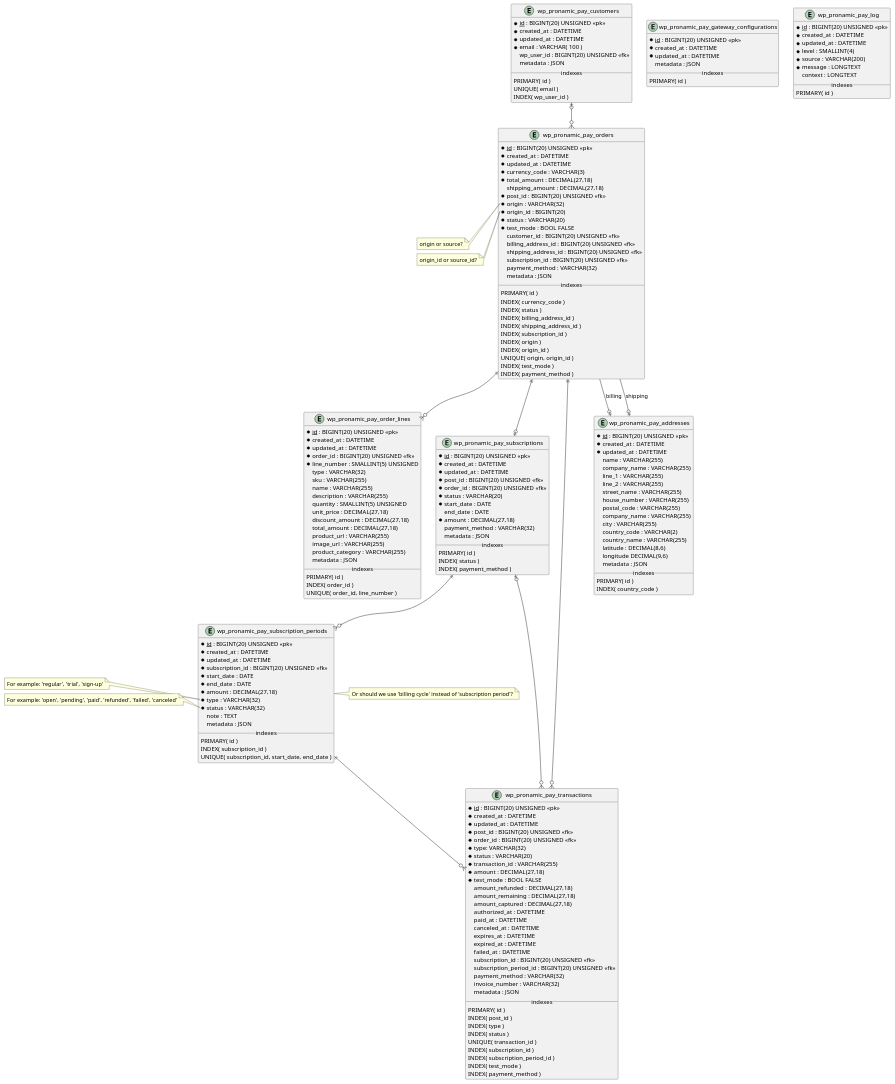
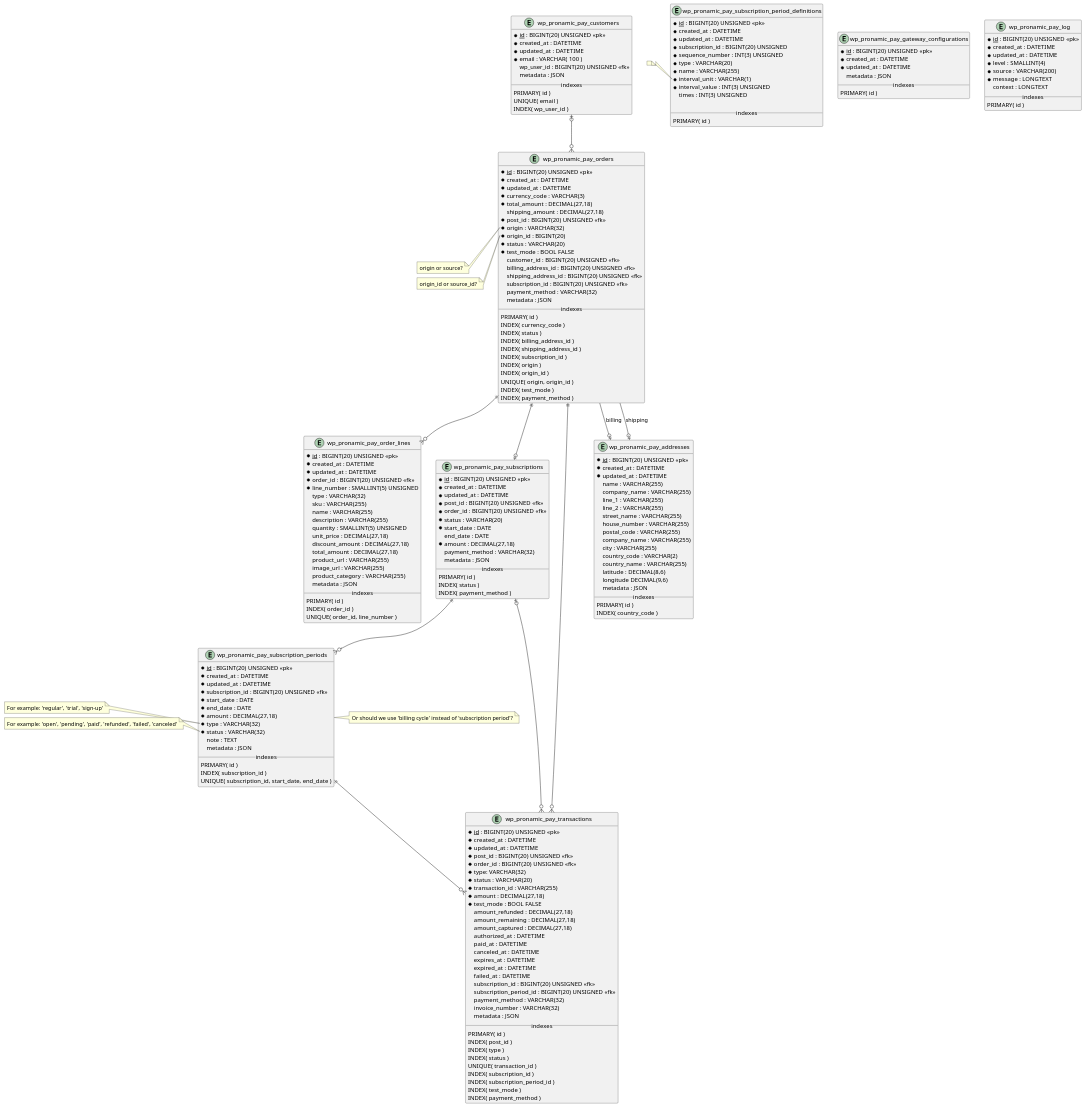
Before and after one commit to 8KCool/WordPress-Plugin-iDEAL-Bancontact-: the diagram in documentation/db.plantuml, drawn with PlantUML. The commit also changed 1 other file, not shown here.

Commit message:
Added period definitions.

```diff
--- a/documentation/db.plantuml
+++ b/documentation/db.plantuml
@@ -100,6 +100,27 @@
 	INDEX( status )
 	INDEX( payment_method )
 }
+
+entity "wp_pronamic_pay_subscription_period_definitions" as subscription_period_definition {
+	* <u>id</u> : BIGINT(20) UNSIGNED <<pk>>
+	* created_at : DATETIME
+	* updated_at : DATETIME
+	* subscription_id : BIGINT(20) UNSIGNED
+	* sequence_number : INT(3) UNSIGNED
+	* type : VARCHAR(20)
+	* name : VARCHAR(255)
+	* interval_unit : VARCHAR(1)
+	* interval_value : INT(3) UNSIGNED
+	times : INT(3) UNSIGNED
+
+	__ indexes __
+	PRIMARY( id )
+}
+
+note left of subscription_period_definition::interval_unit
+  'interval unit' or 'period designator'?
+end note
+
 
 entity "wp_pronamic_pay_subscription_periods" as subscription_period {
 	* <u>id</u> : BIGINT(20) UNSIGNED <<pk>>
```
